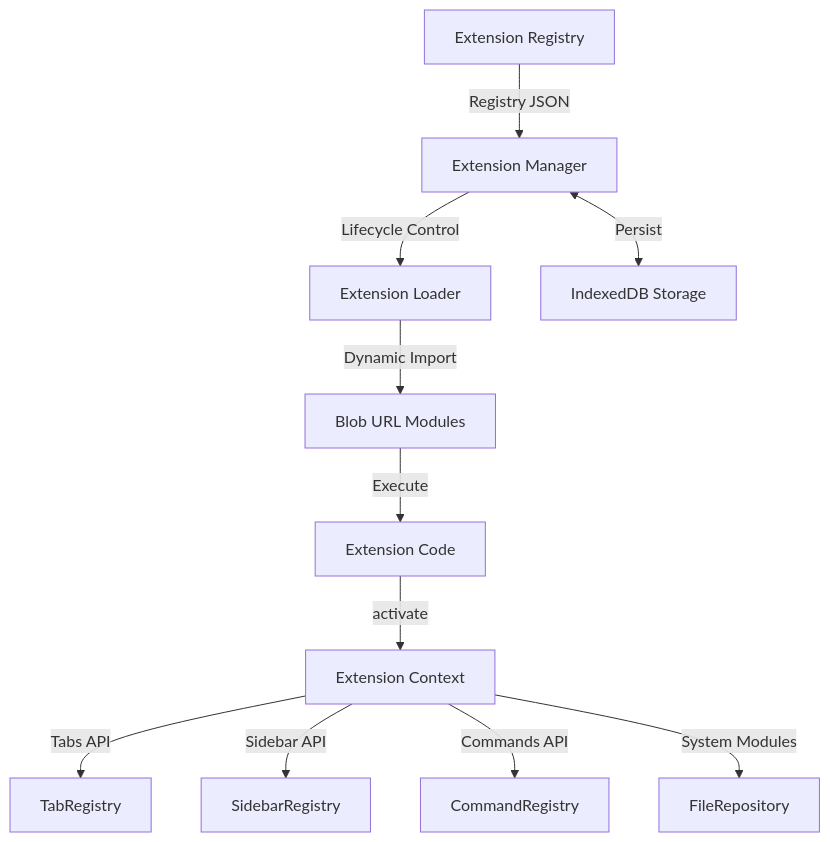
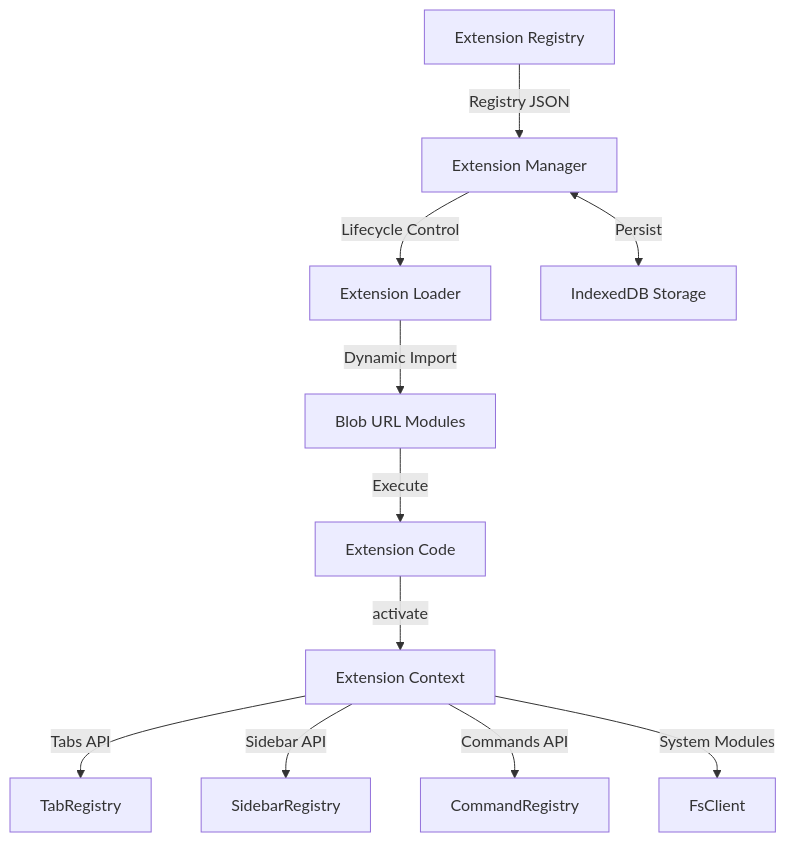
The first of 11 diagrams in docs/EXTENSION-SYSTEM.md (Stasshe/Pyxis-CodeCanvas), drawn with Mermaid before and after one commit. The commit also changed other lines of this file and 330 other files, not shown here.

````diff
--- a/docs/EXTENSION-SYSTEM.md
+++ b/docs/EXTENSION-SYSTEM.md
@@ -21,20 +21,20 @@
 ```mermaid
 graph TB
     Registry[Extension Registry]
     Manager[Extension Manager]
     Loader[Extension Loader]
     Storage[IndexedDB Storage]
     
     Registry -->|Registry JSON| Manager
     Manager -->|Lifecycle Control| Loader
     Loader -->|Dynamic Import| BlobURL[Blob URL Modules]
     Manager <-->|Persist| Storage
     
     BlobURL -->|Execute| ExtCode[Extension Code]
     ExtCode -->|activate| Context[Extension Context]
     
     Context -->|Tabs API| TabRegistry
     Context -->|Sidebar API| SidebarRegistry
     Context -->|Commands API| CommandRegistry
-    Context -->|System Modules| FileRepository
+    Context -->|System Modules| FsClient
 ```
````
